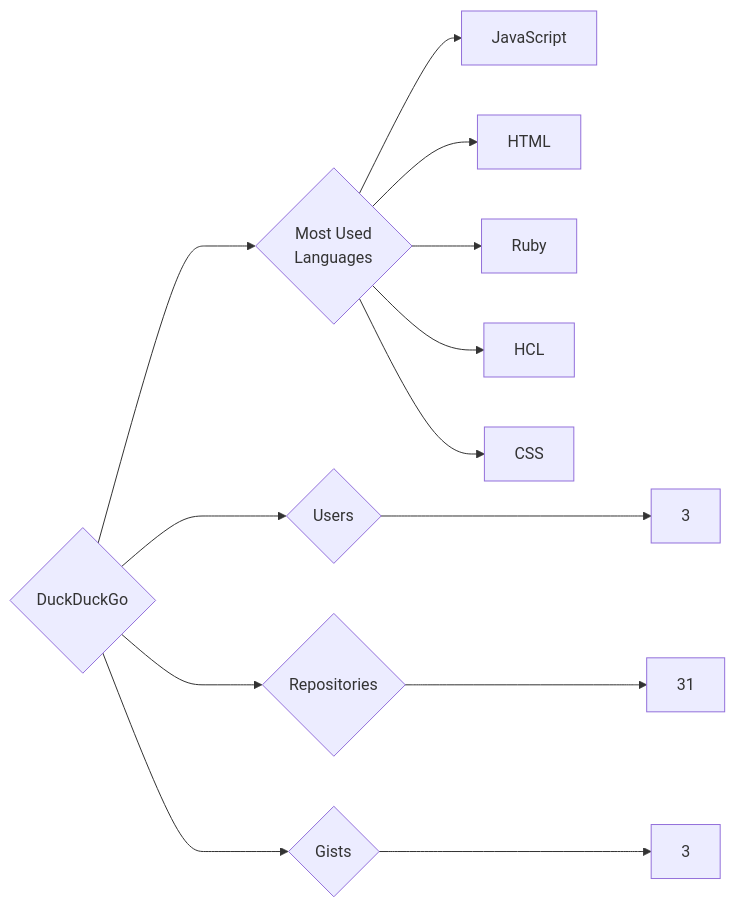
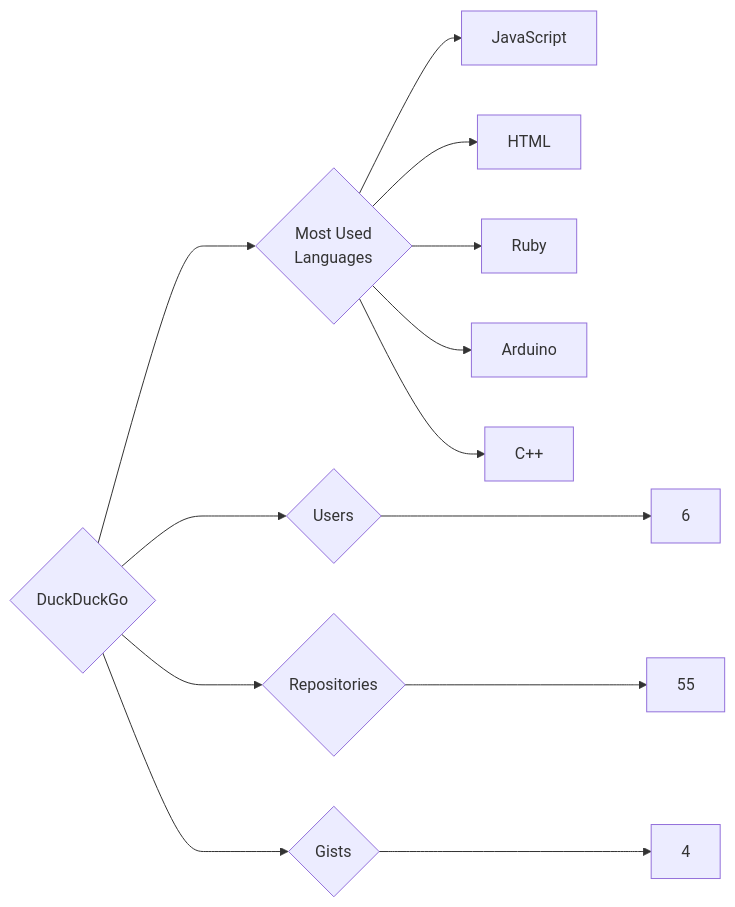
The diagram in targets/DuckDuckGo/README.md (trickest/insiders), drawn with Mermaid before and after one commit. The commit also changed 859 other files, not shown here.

````diff
--- a/targets/DuckDuckGo/README.md
+++ b/targets/DuckDuckGo/README.md
@@ -3,13 +3,13 @@
 ```mermaid
 graph LR
 COMPANY_NAME{DuckDuckGo}
-COMPANY_NAME ---> U{Users} ---> UN[3]
-COMPANY_NAME ---> R{Repositories} ---> RN[31]
-COMPANY_NAME ---> G{Gists} ---> GN[3]
+COMPANY_NAME ---> U{Users} ---> UN[6]
+COMPANY_NAME ---> R{Repositories} ---> RN[55]
+COMPANY_NAME ---> G{Gists} ---> GN[4]
 COMPANY_NAME ---> ML{Most Used<br>Languages}
 ML --> JavaScript[JavaScript]
 ML --> HTML[HTML]
 ML --> Ruby[Ruby]
-ML --> HCL[HCL]
-ML --> CSS[CSS]
+ML --> Arduino[Arduino]
+ML --> C++[C++]
 ```
````
